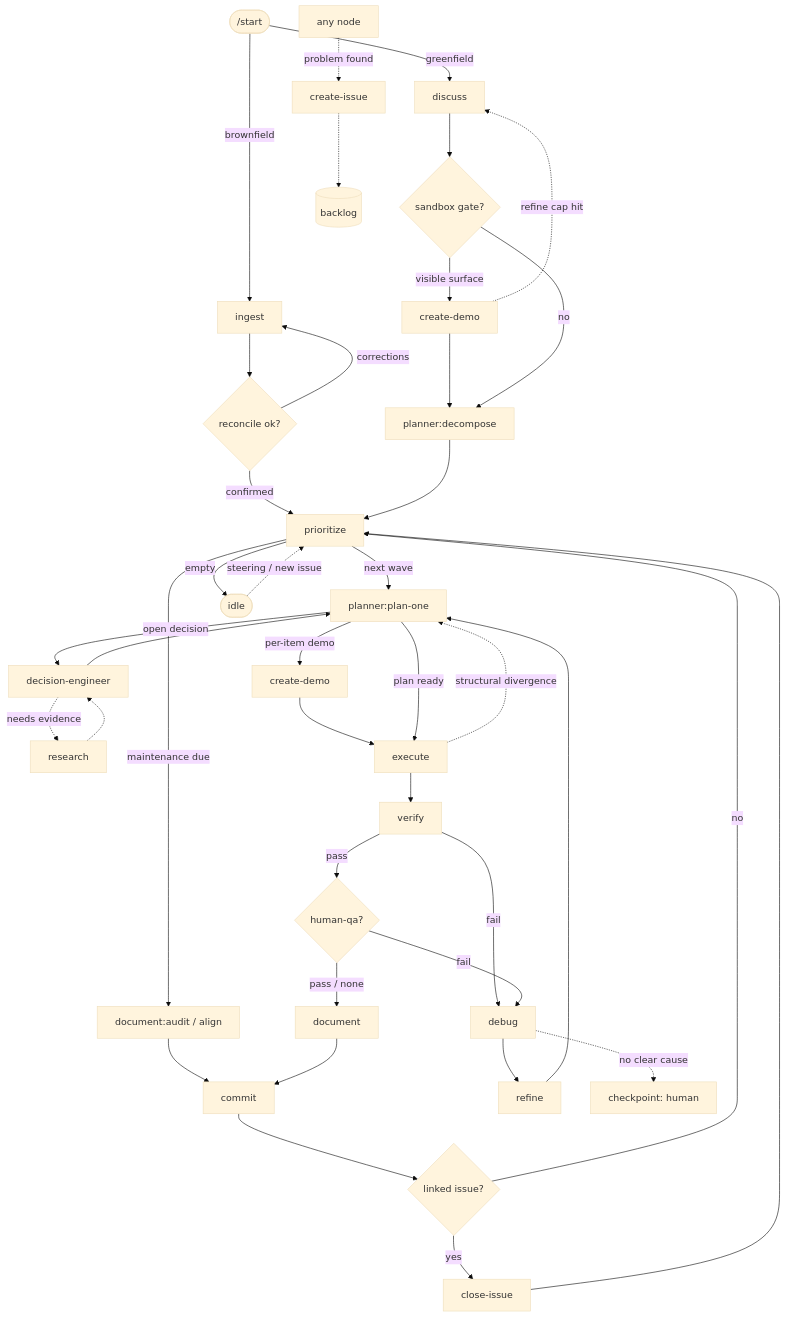
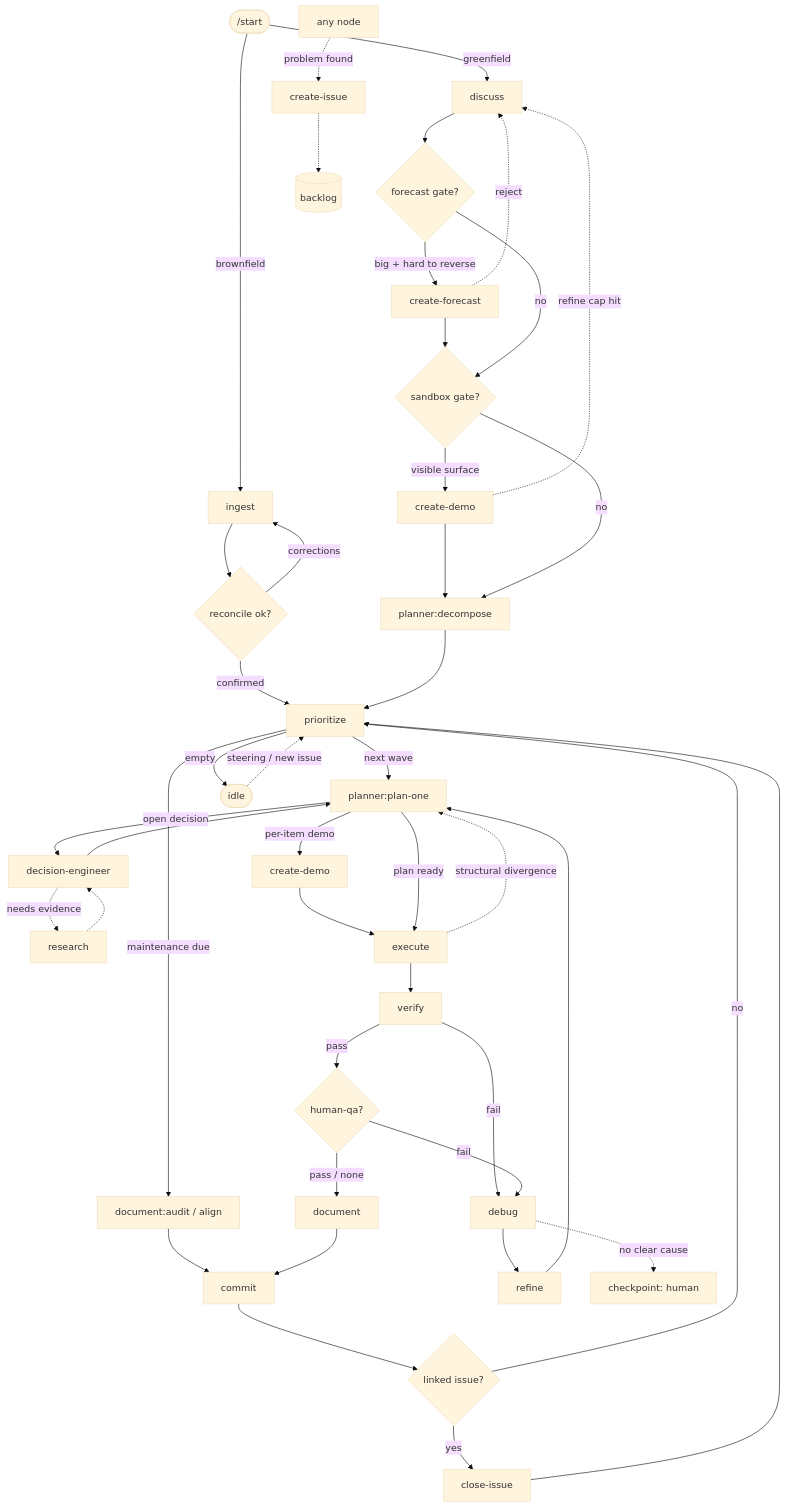
Before and after one commit to guyomer1345/reeve: the diagram in product/templates/loop.md, drawn with Mermaid (base theme). The commit also changed other lines of this file and 20 other files, not shown here.

````diff
--- a/product/templates/loop.md
+++ b/product/templates/loop.md
@@ -110,30 +131,33 @@
 ```mermaid
 flowchart TD
   start([/start]) -->|greenfield| discuss
   start -->|brownfield| ingest --> reconcile{reconcile ok?}
   reconcile -->|confirmed| prioritize
   reconcile -->|corrections| ingest
-  discuss --> demo{sandbox gate?}
+  discuss --> fc{forecast gate?}
+  fc -->|big + hard to reverse| create-forecast --> demo{sandbox gate?}
+  fc -->|no| demo
+  create-forecast -.reject.-> discuss
   demo -->|visible surface| create-demo --> dec[planner:decompose]
   demo -->|no| dec
   create-demo -.refine cap hit.-> discuss
   dec --> prioritize
   prioritize -->|next wave| plan[planner:plan-one]
   prioritize -->|maintenance due| maint[document:audit / align] --> commit
   prioritize -->|empty| idle([idle])
   idle -.steering / new issue.-> prioritize
   plan -->|open decision| decision-engineer --> plan
   decision-engineer -.needs evidence.-> research -.-> decision-engineer
   plan -->|per-item demo| pdemo[create-demo] --> execute
   plan -->|plan ready| execute --> verify
   execute -.structural divergence.-> plan
   verify -->|pass| qa{human-qa?}
   verify -->|fail| debug --> refine --> plan
   debug -.no clear cause.-> hcp[checkpoint: human]
   qa -->|pass / none| document
   qa -->|fail| debug
   document --> commit --> close{linked issue?}
   close -->|yes| close-issue --> prioritize
   close -->|no| prioritize
   any[any node] -.problem found.-> create-issue -.-> backlog[(backlog)]
 ```
````
